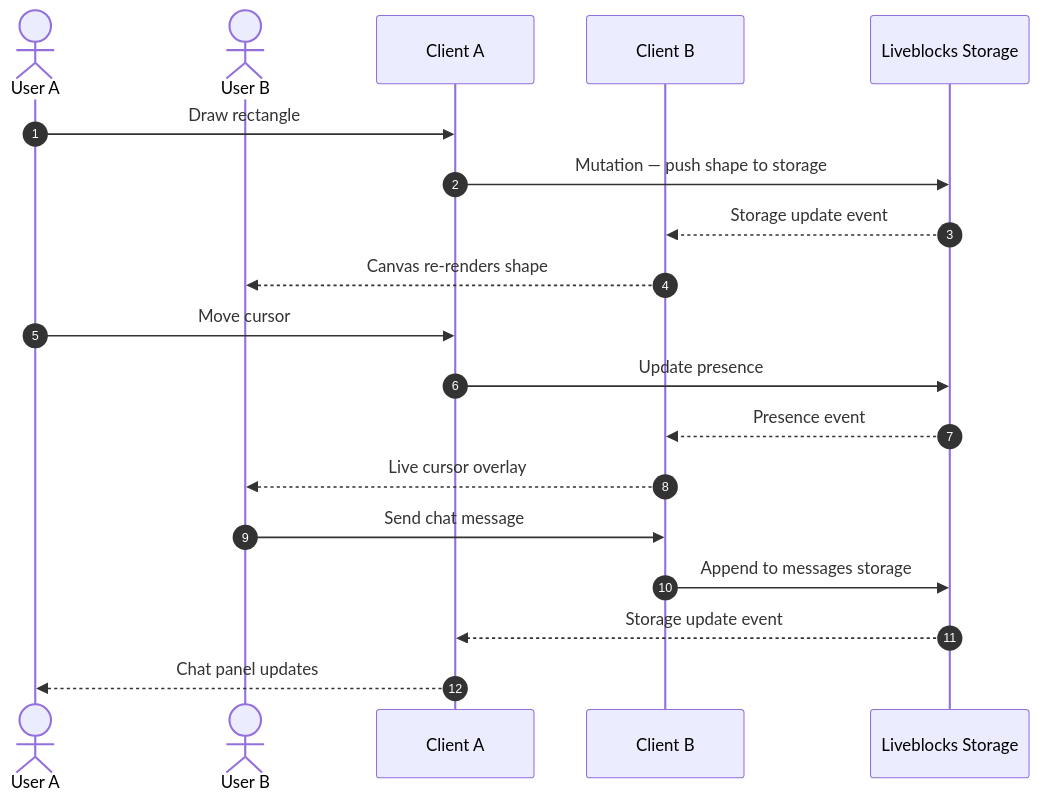
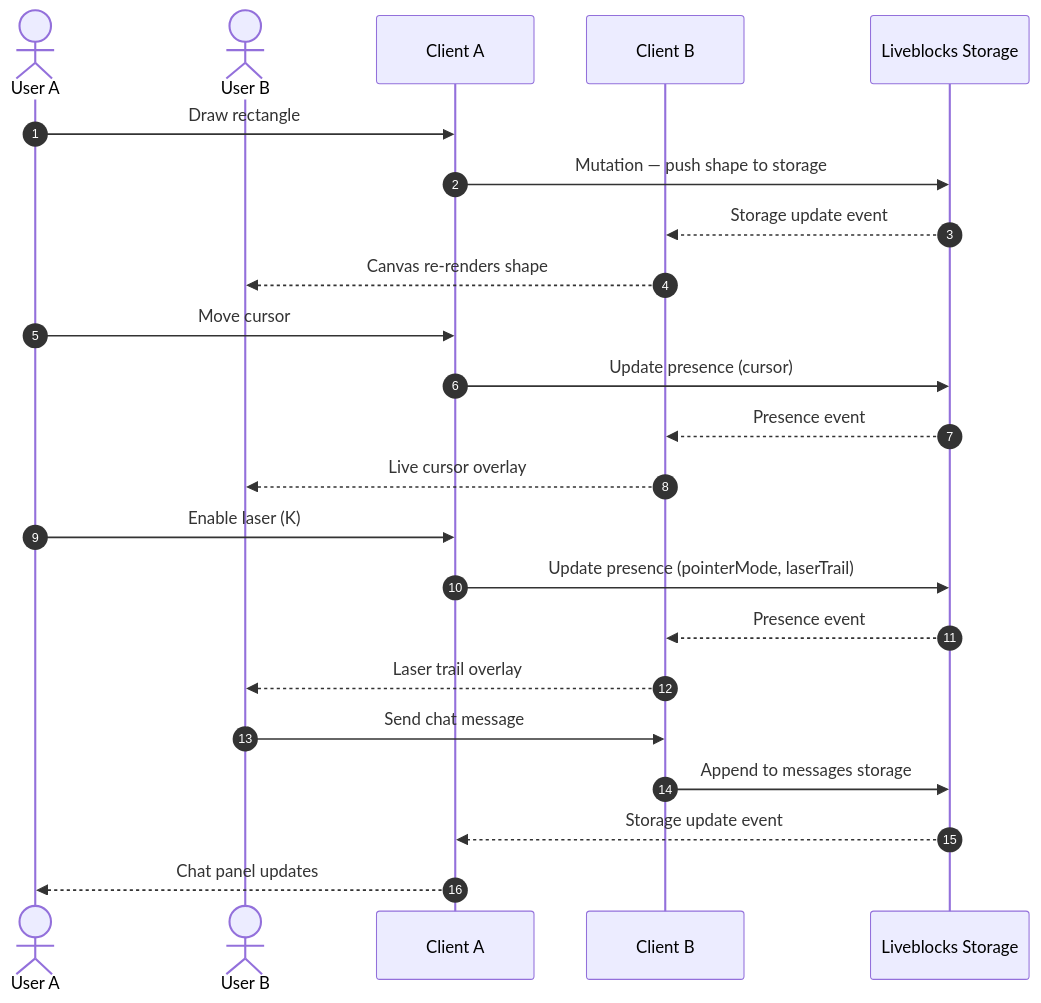
The fourth of 7 diagrams in README.md (subhm2004/SheetSketch), drawn with Mermaid before and after one commit. The commit also changed other lines of this file, not shown here.

Commit message:
docs: update README with laser pointer, text, and clipboard features

````diff
--- a/README.md
+++ b/README.md
@@ -241,24 +259,29 @@
 ```mermaid
 sequenceDiagram
   autonumber
   actor UserA as User A
   actor UserB as User B
   participant CA as Client A
   participant CB as Client B
   participant LB as Liveblocks Storage
 
   UserA->>CA: Draw rectangle
   CA->>LB: Mutation — push shape to storage
   LB-->>CB: Storage update event
   CB-->>UserB: Canvas re-renders shape
 
   UserA->>CA: Move cursor
-  CA->>LB: Update presence
+  CA->>LB: Update presence (cursor)
   LB-->>CB: Presence event
   CB-->>UserB: Live cursor overlay
+
+  UserA->>CA: Enable laser (K)
+  CA->>LB: Update presence (pointerMode, laserTrail)
+  LB-->>CB: Presence event
+  CB-->>UserB: Laser trail overlay
 
   UserB->>CB: Send chat message
   CB->>LB: Append to messages storage
   LB-->>CA: Storage update event
   CA-->>UserA: Chat panel updates
 ```
````
